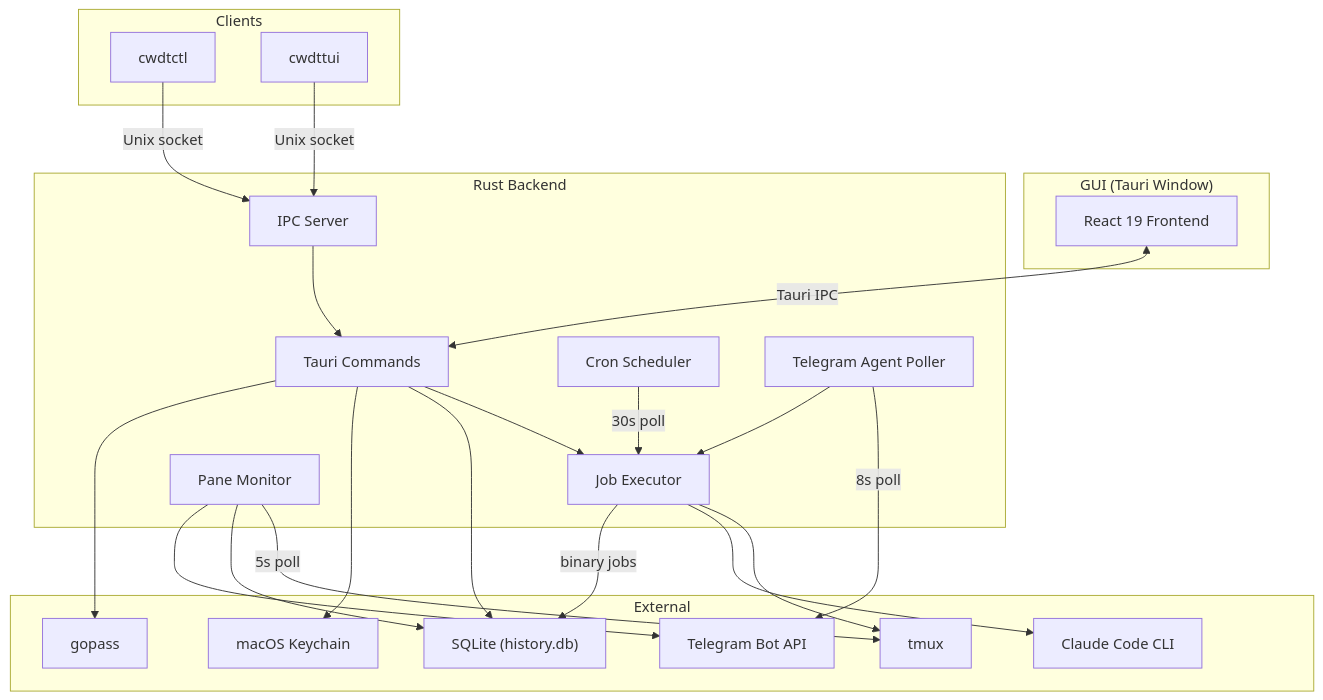
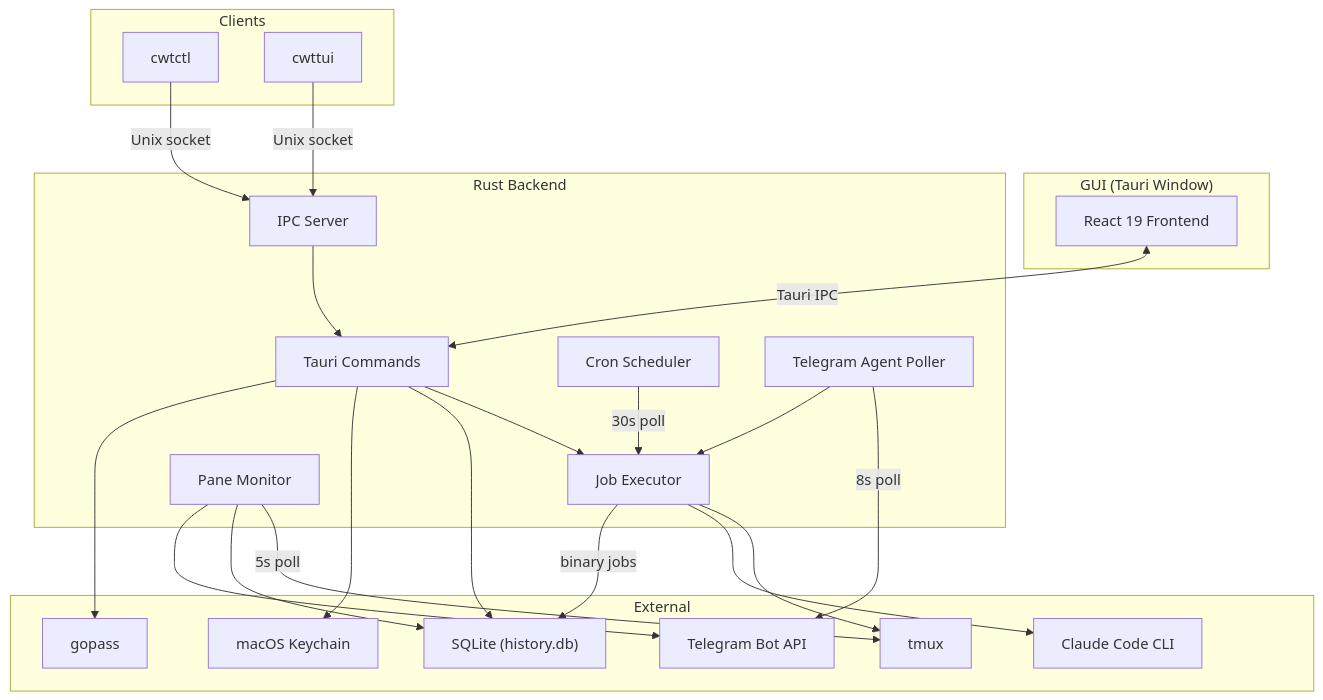
One commit to tonisives/clawtab changed the first of 2 diagrams in docs/architecture.md. Above: the diagram before and after it, drawn with Mermaid. The commit also changed other lines of this file and 23 other files, not shown here.

````diff
--- a/docs/architecture.md
+++ b/docs/architecture.md
@@ -5,47 +5,47 @@
 ```mermaid
 graph TB
     subgraph GUI["GUI (Tauri Window)"]
         React["React 19 Frontend"]
     end
 
     subgraph Backend["Rust Backend"]
         Commands["Tauri Commands"]
         Scheduler["Cron Scheduler"]
         Executor["Job Executor"]
         Monitor["Pane Monitor"]
         IpcServer["IPC Server"]
         TgPoller["Telegram Agent Poller"]
     end
 
     subgraph External["External"]
         Tmux["tmux"]
         Claude["Claude Code CLI"]
         Keychain["macOS Keychain"]
         Gopass["gopass"]
         TgAPI["Telegram Bot API"]
         SQLite["SQLite (history.db)"]
     end
 
     subgraph Clients["Clients"]
-        CLI["cwdtctl"]
-        TUI["cwdttui"]
+        CLI["cwtctl"]
+        TUI["cwttui"]
     end
 
     React <-->|Tauri IPC| Commands
     Commands --> Executor
     Scheduler -->|30s poll| Executor
     Executor --> Tmux
     Executor --> Claude
     Executor -->|binary jobs| SQLite
     Monitor -->|5s poll| Tmux
     Monitor --> SQLite
     Monitor --> TgAPI
     Commands --> SQLite
     Commands --> Keychain
     Commands --> Gopass
     TgPoller -->|8s poll| TgAPI
     TgPoller --> Executor
     CLI -->|Unix socket| IpcServer
     TUI -->|Unix socket| IpcServer
     IpcServer --> Commands
 ```
````
